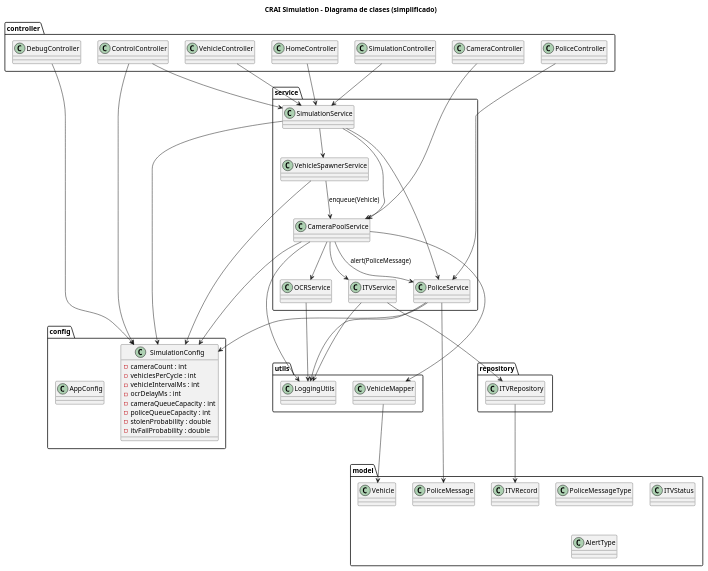
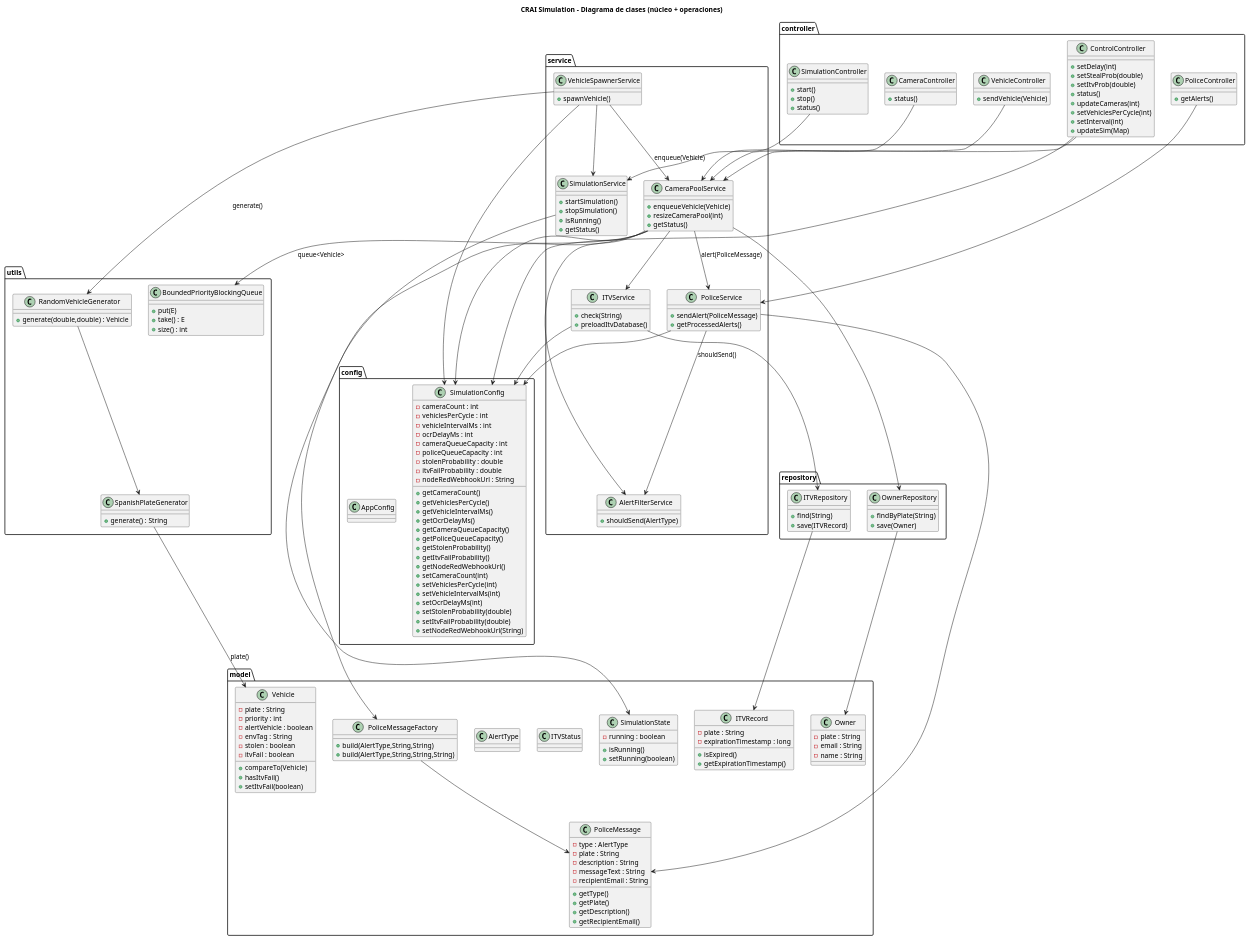
The diagram in os/docs/class.puml (IbaiZJ/CRAI), drawn with PlantUML before and after one commit.

Commit message:
refactor: update class diagram with enhanced configurations and controller methods

```diff
--- a/os/docs/class.puml
+++ b/os/docs/class.puml
@@ -1,89 +1,196 @@
 @startuml Class
-title CRAI Simulation - Diagrama de clases (simplificado)
+title CRAI Simulation - Diagrama de clases (núcleo + operaciones)
+
 package config {
   class SimulationConfig {
     -cameraCount : int
     -vehiclesPerCycle : int
     -vehicleIntervalMs : int
     -ocrDelayMs : int
     -cameraQueueCapacity : int
     -policeQueueCapacity : int
     -stolenProbability : double
     -itvFailProbability : double
+    -nodeRedWebhookUrl : String
+    +getCameraCount()
+    +getVehiclesPerCycle()
+    +getVehicleIntervalMs()
+    +getOcrDelayMs()
+    +getCameraQueueCapacity()
+    +getPoliceQueueCapacity()
+    +getStolenProbability()
+    +getItvFailProbability()
+    +getNodeRedWebhookUrl()
+    +setCameraCount(int)
+    +setVehiclesPerCycle(int)
+    +setVehicleIntervalMs(int)
+    +setOcrDelayMs(int)
+    +setStolenProbability(double)
+    +setItvFailProbability(double)
+    +setNodeRedWebhookUrl(String)
   }
   class AppConfig
 }
 
 package controller {
-  class SimulationController
-  class ControlController
-  class VehicleController
-  class CameraController
-  class PoliceController
-  class DebugController
-  class HomeController
+  class SimulationController {
+    +start()
+    +stop()
+    +status()
+  }
+  class ControlController {
+    +setDelay(int)
+    +setStealProb(double)
+    +setItvProb(double)
+    +status()
+    +updateCameras(int)
+    +setVehiclesPerCycle(int)
+    +setInterval(int)
+    +updateSim(Map)
+  }
+  class VehicleController {
+    +sendVehicle(Vehicle)
+  }
+  class CameraController {
+    +status()
+  }
+  class PoliceController {
+    +getAlerts()
+  }
 }
 
 package model {
-  class Vehicle
-  class PoliceMessage
-  class PoliceMessageType
-  class ITVRecord
+  class Vehicle {
+    -plate : String
+    -priority : int
+    -alertVehicle : boolean
+    -envTag : String
+    -stolen : boolean
+    -itvFail : boolean
+    +compareTo(Vehicle)
+    +hasItvFail()
+    +setItvFail(boolean)
+  }
+  class PoliceMessage {
+    -type : AlertType
+    -plate : String
+    -description : String
+    -messageText : String
+    -recipientEmail : String
+    +getType()
+    +getPlate()
+    +getDescription()
+    +getRecipientEmail()
+  }
+  class PoliceMessageFactory {
+    +build(AlertType,String,String)
+    +build(AlertType,String,String,String)
+  }
+  class ITVRecord {
+    -plate : String
+    -expirationTimestamp : long
+    +isExpired()
+    +getExpirationTimestamp()
+  }
   class ITVStatus
   class AlertType
+  class Owner {
+    -plate : String
+    -email : String
+    -name : String
+  }
+  class SimulationState {
+    -running : boolean
+    +isRunning()
+    +setRunning(boolean)
+  }
 }
 
 package repository {
-  class ITVRepository
+  class ITVRepository {
+    +find(String)
+    +save(ITVRecord)
+  }
+  class OwnerRepository {
+    +findByPlate(String)
+    +save(Owner)
+  }
 }
 
 package service {
-  class SimulationService
-  class VehicleSpawnerService
-  class CameraPoolService
-  class ITVService
-  class PoliceService
-  class OCRService
+  class SimulationService {
+    +startSimulation()
+    +stopSimulation()
+    +isRunning()
+    +getStatus()
+  }
+  class VehicleSpawnerService {
+    +spawnVehicle()
+  }
+  class CameraPoolService {
+    +enqueueVehicle(Vehicle)
+    +resizeCameraPool(int)
+    +getStatus()
+  }
+  class ITVService {
+    +check(String)
+    +preloadItvDatabase()
+  }
+  class PoliceService {
+    +sendAlert(PoliceMessage)
+    +getProcessedAlerts()
+  }
+  class AlertFilterService {
+    +shouldSend(AlertType)
+  }
 }
 
 package utils {
-  class LoggingUtils
-  class VehicleMapper
+  class BoundedPriorityBlockingQueue {
+    +put(E)
+    +take() : E
+    +size() : int
+  }
+  class RandomVehicleGenerator {
+    +generate(double,double) : Vehicle
+  }
+  class SpanishPlateGenerator {
+    +generate() : String
+  }
 }
 
 SimulationController --> SimulationService
 ControlController --> SimulationConfig
-ControlController --> SimulationService
-VehicleController --> SimulationService
+ControlController --> CameraPoolService
+VehicleController --> CameraPoolService
 CameraController --> CameraPoolService
 PoliceController --> PoliceService
-DebugController --> SimulationConfig
-HomeController --> SimulationService
 
-SimulationService --> SimulationConfig
-SimulationService --> VehicleSpawnerService
-SimulationService --> CameraPoolService
-SimulationService --> PoliceService
+SimulationService --> SimulationState
 
 VehicleSpawnerService --> SimulationConfig
+VehicleSpawnerService --> SimulationService
 VehicleSpawnerService --> CameraPoolService : enqueue(Vehicle)
+VehicleSpawnerService --> RandomVehicleGenerator : generate()
 
 CameraPoolService --> SimulationConfig
 CameraPoolService --> ITVService
+CameraPoolService --> OwnerRepository
 CameraPoolService --> PoliceService : alert(PoliceMessage)
-CameraPoolService --> OCRService
-CameraPoolService --> VehicleMapper
-CameraPoolService --> LoggingUtils
+CameraPoolService --> BoundedPriorityBlockingQueue : queue<Vehicle>
+CameraPoolService --> PoliceMessageFactory
+CameraPoolService --> AlertFilterService
 
 ITVService --> ITVRepository
-ITVService --> LoggingUtils
+ITVService --> SimulationConfig
 
 PoliceService --> SimulationConfig
-PoliceService --> LoggingUtils
-
-OCRService --> LoggingUtils
+PoliceService --> PoliceMessage
+PoliceService --> AlertFilterService : shouldSend()
 
 ITVRepository --> ITVRecord
-PoliceService --> PoliceMessage
-VehicleMapper --> Vehicle
+OwnerRepository --> Owner
+PoliceMessageFactory --> PoliceMessage
+RandomVehicleGenerator --> SpanishPlateGenerator
+SpanishPlateGenerator --> Vehicle : plate()
 @enduml
```
